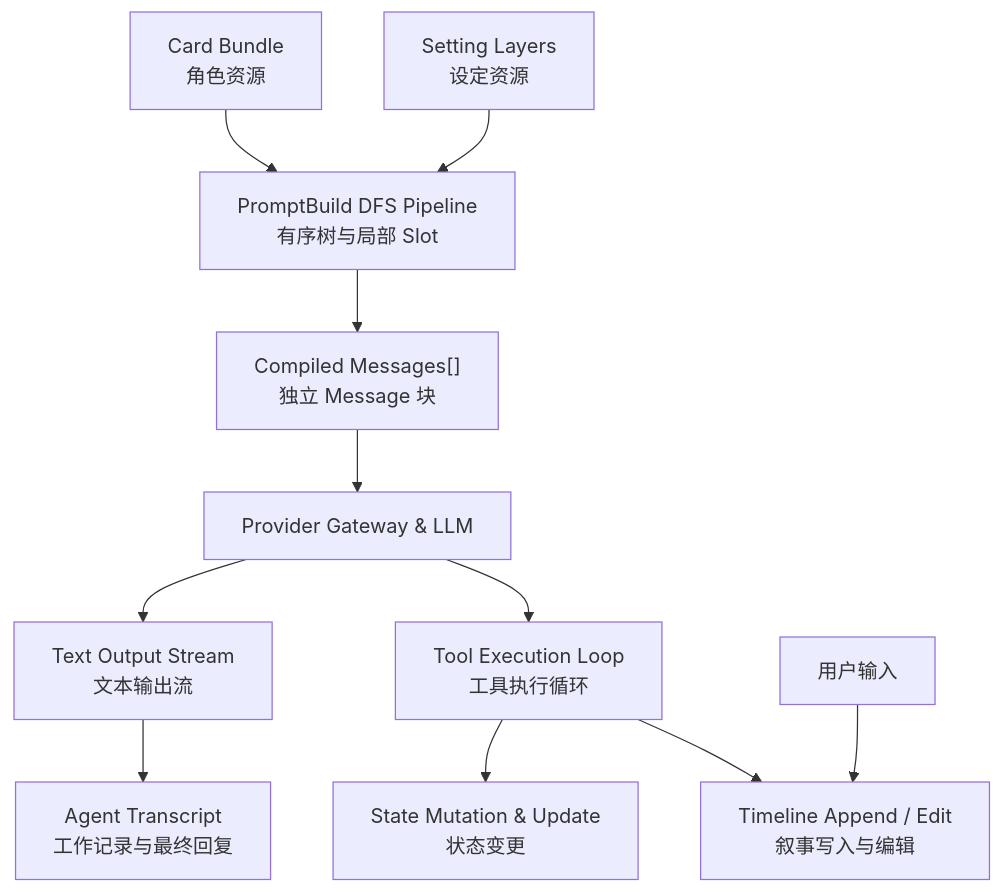
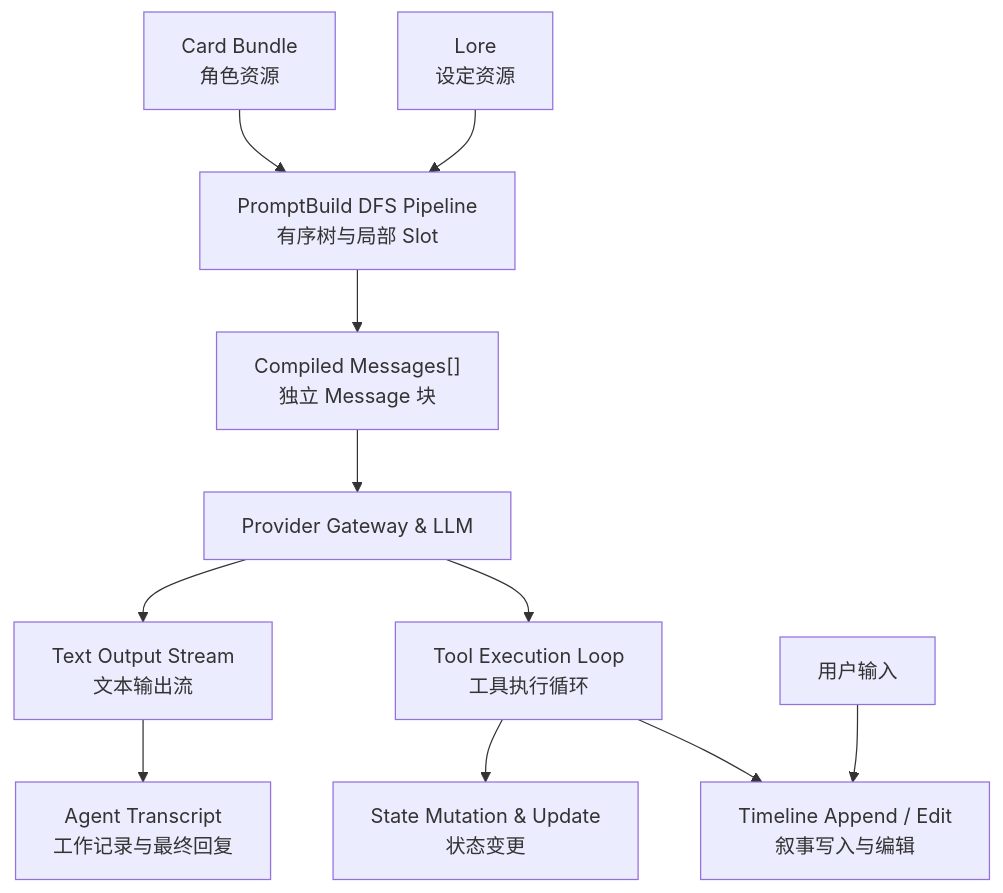
One commit to Hai-de/LoomStudio changed the diagram in README.md. Above: the diagram before and after it, drawn with Mermaid. The commit also changed 249 other files, not shown here.

````diff
--- a/README.md
+++ b/README.md
@@ -74,16 +74,16 @@
 ```mermaid
 flowchart TD
     card["Card Bundle<br/>角色资源"] --> prompt
-    settings["Setting Layers<br/>设定资源"] --> prompt
+    settings["Lore<br/>设定资源"] --> prompt
     prompt["PromptBuild DFS Pipeline<br/>有序树与局部 Slot"] --> messages
     messages["Compiled Messages[]<br/>独立 Message 块"] --> provider
     provider["Provider Gateway & LLM"] --> output
     provider --> tools
     output["Text Output Stream<br/>文本输出流"] --> transcript
     transcript["Agent Transcript<br/>工作记录与最终回复"]
     tools["Tool Execution Loop<br/>工具执行循环"] --> state
     tools --> timeline
     input["用户输入"] --> timeline
     timeline["Timeline Append / Edit<br/>叙事写入与编辑"]
     state["State Mutation & Update<br/>状态变更"]
 ```
````
